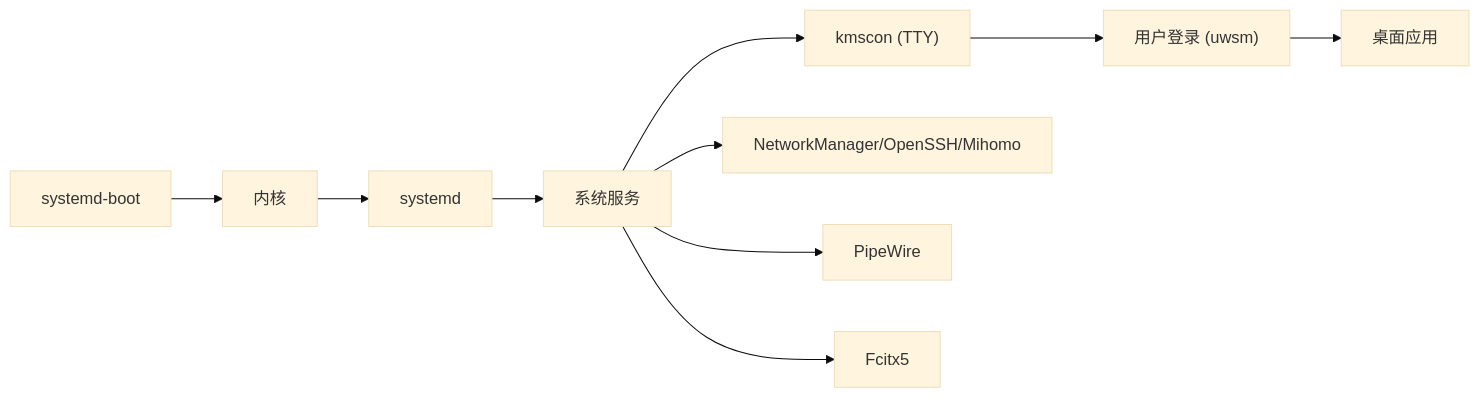
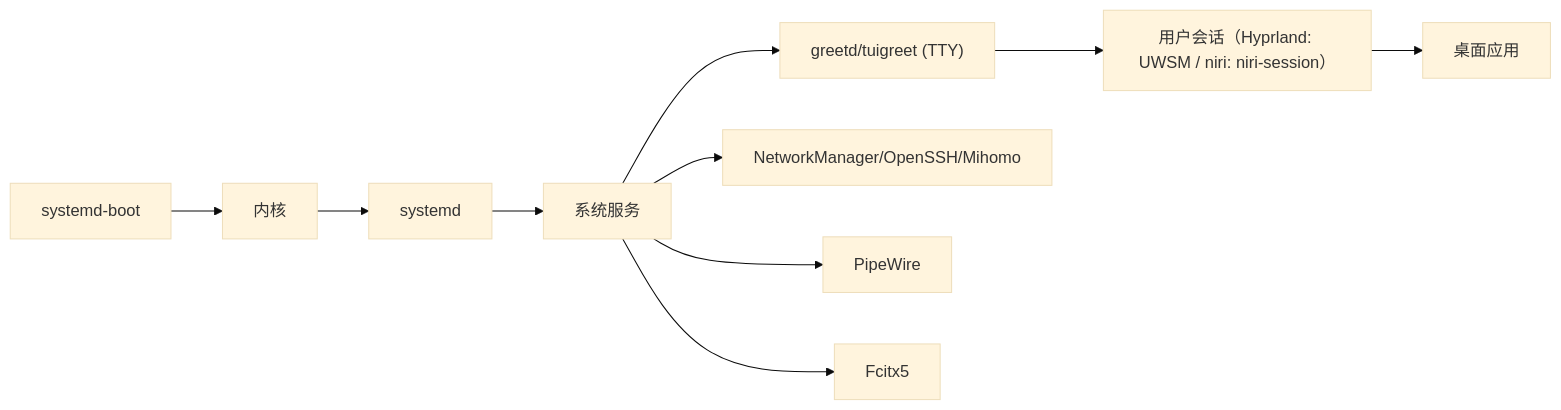
The third of 3 diagrams in wiki/architecture/host.md (Shangshui0302/myNixOSConfig), drawn with Mermaid (base theme) before and after one commit. The commit also changed other lines of this file and 25 other files, not shown here.

Commit message:
feat(desktop): switch main TTY login to greetd

````diff
--- a/wiki/architecture/host.md
+++ b/wiki/architecture/host.md
@@ -92,12 +92,12 @@
 ```mermaid
 graph LR
 SB["systemd-boot"] --> K["内核"]
 K --> SD["systemd"]
 SD --> SV["系统服务"]
-SV --> TTY["kmscon (TTY)"]
-TTY --> HS["用户登录 (uwsm)"]
+SV --> TTY["greetd/tuigreet (TTY)"]
+TTY --> HS["用户会话（Hyprland: UWSM / niri: niri-session）"]
 HS --> APP["桌面应用"]
 SV --> NET["NetworkManager/OpenSSH/Mihomo"]
 SV --> AUD["PipeWire"]
 SV --> IM["Fcitx5"]
 ```
````
